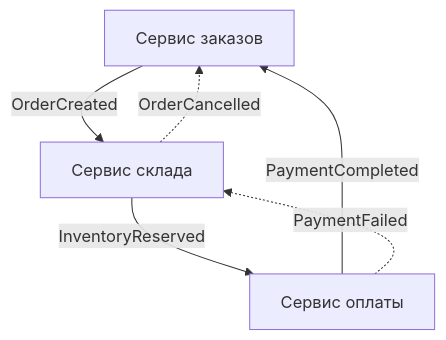
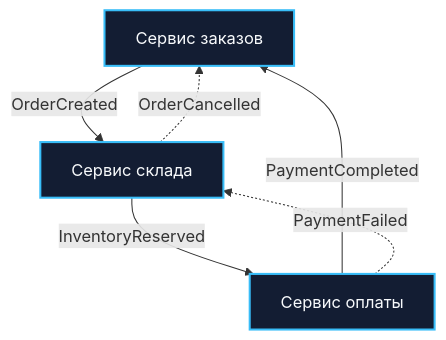
One commit to UnrealTemplier/go-textbook changed the second of 3 diagrams in sources/11. Архитектура и System Design/26. Saga Pattern. Оркестрация и хореография.md. Above: the diagram before and after it, drawn with Mermaid. The commit also changed other lines of this file, not shown here.

````diff
--- a/sources/11. Архитектура и System Design/26. Saga Pattern. Оркестрация и хореография.md
+++ b/sources/11. Архитектура и System Design/26. Saga Pattern. Оркестрация и хореография.md
@@ -35,8 +62,11 @@
 ```mermaid
 flowchart TD
     Order["Сервис заказов"] -->|"OrderCreated"| Inventory["Сервис склада"]
     Inventory -->|"InventoryReserved"| Payment["Сервис оплаты"]
     Payment -->|"PaymentCompleted"| Order
     Payment -.->|"PaymentFailed"| Inventory
     Inventory -.->|"OrderCancelled"| Order
+
+    classDef svc fill:#131d33,stroke:#38bdf8,stroke-width:2px,color:#f8fafc;
+    class Order,Inventory,Payment svc;
 ```
````
